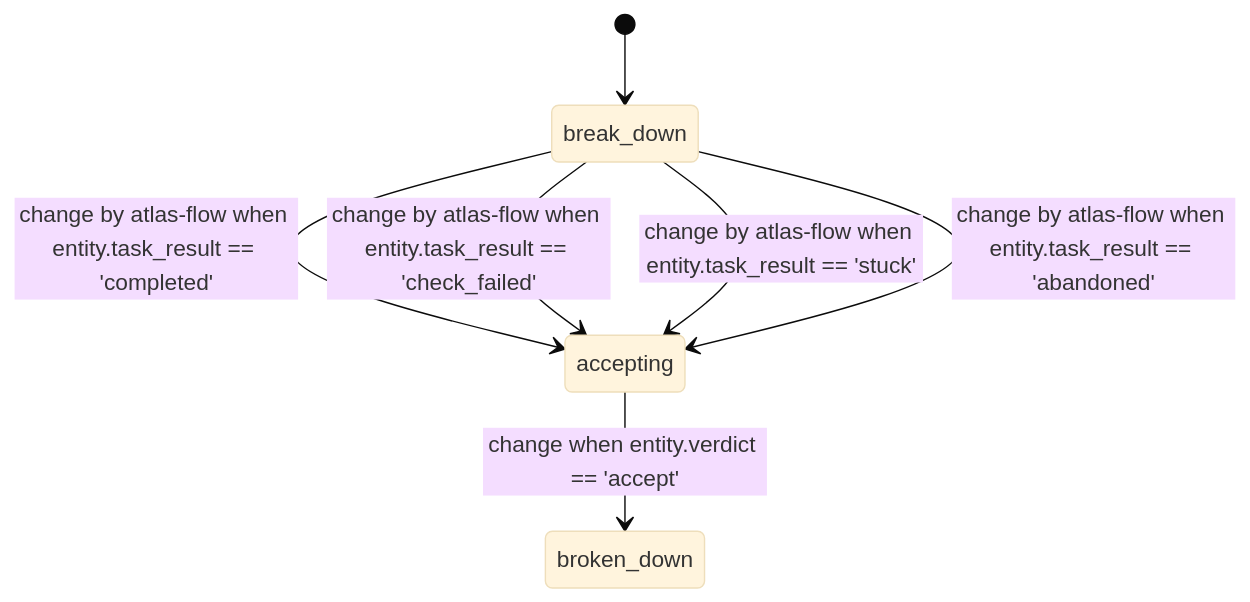
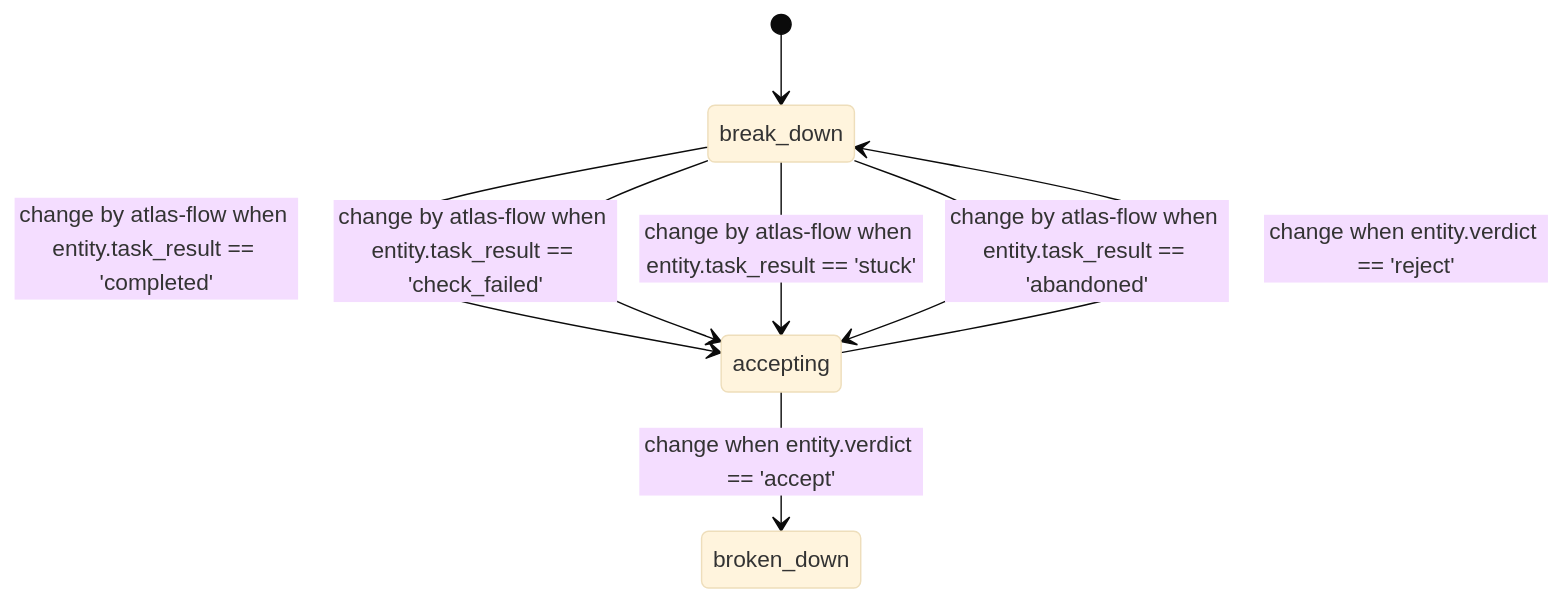
Before and after one commit to mimbre/atlas: the diagram in products/software_factory/model/targets/diagrams/break_down_scene.md, drawn with Mermaid (base theme). The commit also changed other lines of this file and 1 other file, not shown here.

````diff
--- a/products/software_factory/model/targets/diagrams/break_down_scene.md
+++ b/products/software_factory/model/targets/diagrams/break_down_scene.md
@@ -6,12 +6,13 @@
 ```mermaid
 stateDiagram-v2
     state "break_down" as s0
     state "accepting" as s1
     state "broken_down" as s2
     [*] --> s0
     s0 --> s1: change by atlas-flow when entity.task_result == 'completed'
     s0 --> s1: change by atlas-flow when entity.task_result == 'check_failed'
     s0 --> s1: change by atlas-flow when entity.task_result == 'stuck'
     s0 --> s1: change by atlas-flow when entity.task_result == 'abandoned'
     s1 --> s2: change when entity.verdict == 'accept'
+    s1 --> s0: change when entity.verdict == 'reject'
 ```
````
